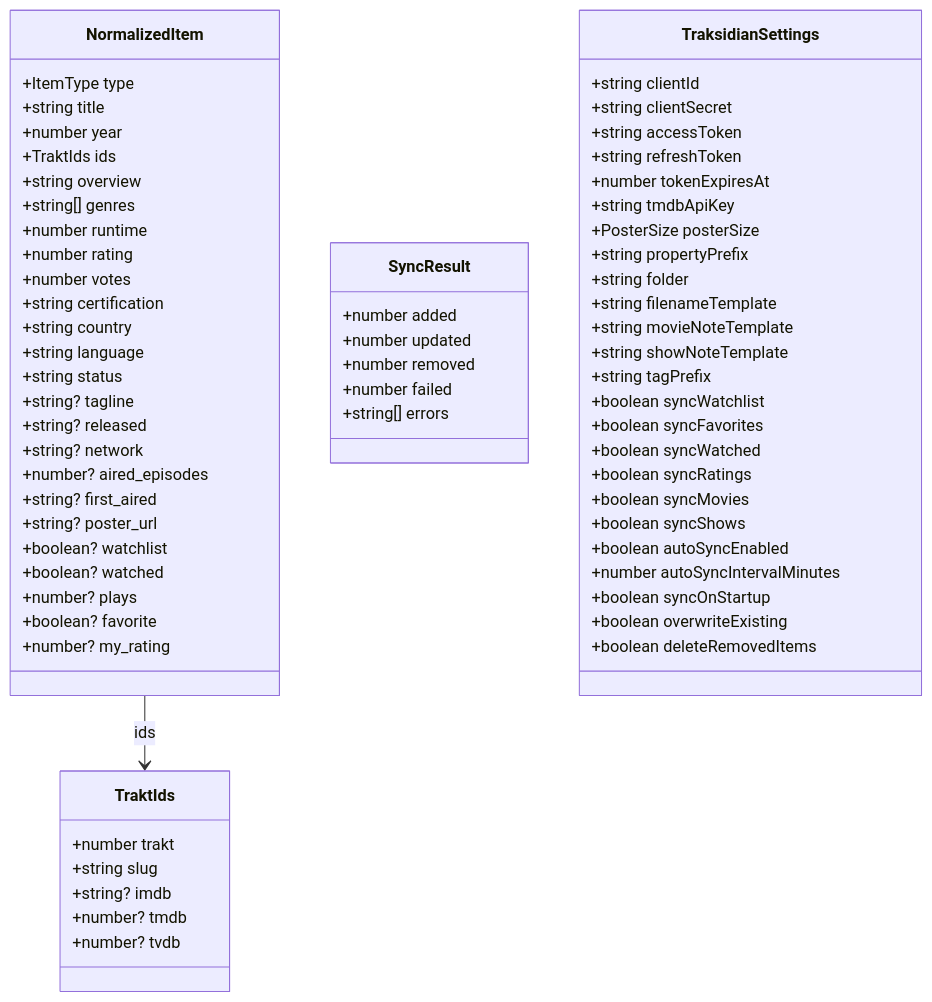
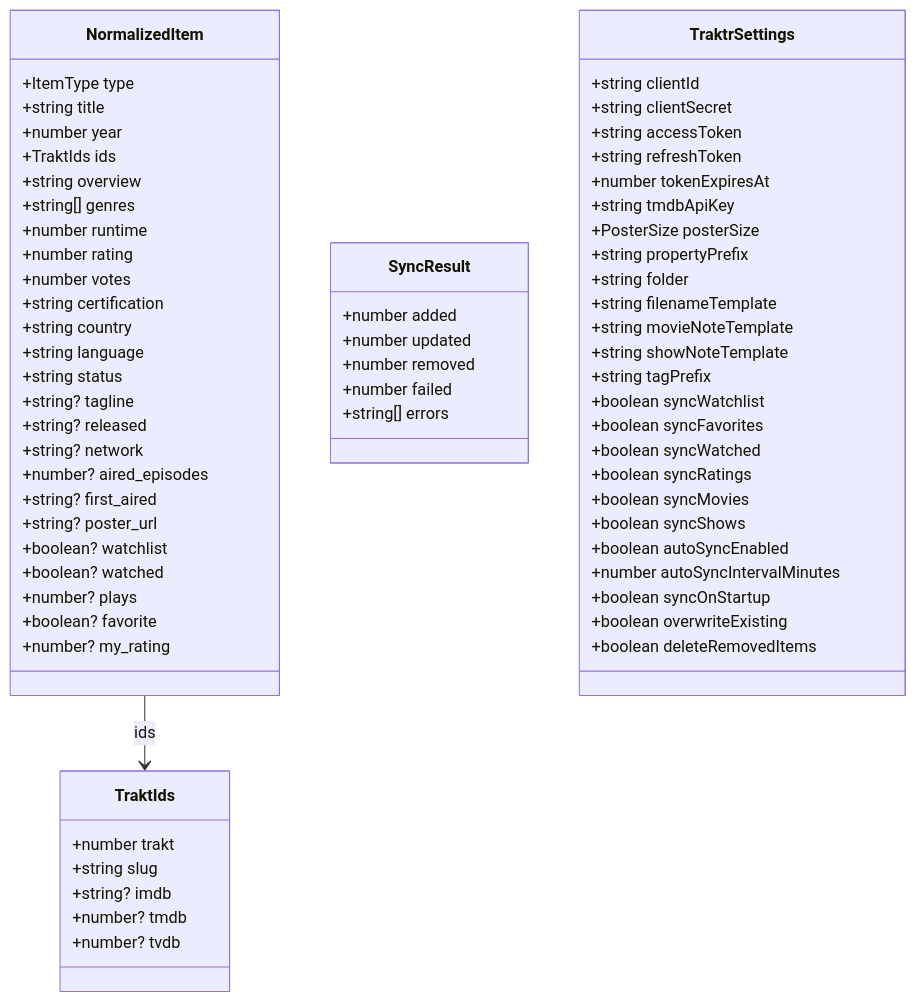
Before and after one commit to sarimabbas/traktr: diagram 16 of 16 in doc/DEVELOPER.md, drawn with Mermaid. The commit also changed other lines of this file and 10 other files, not shown here.

````diff
--- a/doc/DEVELOPER.md
+++ b/doc/DEVELOPER.md
@@ -418,74 +418,74 @@
 ```mermaid
 classDiagram
     class NormalizedItem {
         +ItemType type
         +string title
         +number year
         +TraktIds ids
         +string overview
         +string[] genres
         +number runtime
         +number rating
         +number votes
         +string certification
         +string country
         +string language
         +string status
         +string? tagline
         +string? released
         +string? network
         +number? aired_episodes
         +string? first_aired
         +string? poster_url
         +boolean? watchlist
         +boolean? watched
         +number? plays
         +boolean? favorite
         +number? my_rating
     }
 
     class TraktIds {
         +number trakt
         +string slug
         +string? imdb
         +number? tmdb
         +number? tvdb
     }
 
     class SyncResult {
         +number added
         +number updated
         +number removed
         +number failed
         +string[] errors
     }
 
-    class TraksidianSettings {
+    class TraktrSettings {
         +string clientId
         +string clientSecret
         +string accessToken
         +string refreshToken
         +number tokenExpiresAt
         +string tmdbApiKey
         +PosterSize posterSize
         +string propertyPrefix
         +string folder
         +string filenameTemplate
         +string movieNoteTemplate
         +string showNoteTemplate
         +string tagPrefix
         +boolean syncWatchlist
         +boolean syncFavorites
         +boolean syncWatched
         +boolean syncRatings
         +boolean syncMovies
         +boolean syncShows
         +boolean autoSyncEnabled
         +number autoSyncIntervalMinutes
         +boolean syncOnStartup
         +boolean overwriteExisting
         +boolean deleteRemovedItems
     }
 
     NormalizedItem --> TraktIds : ids
 ```
````
